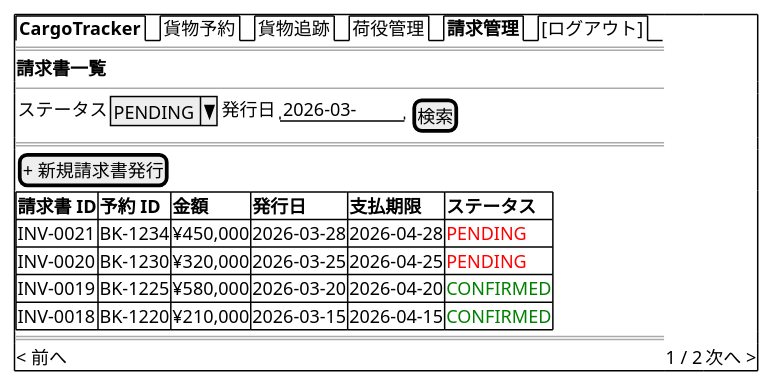
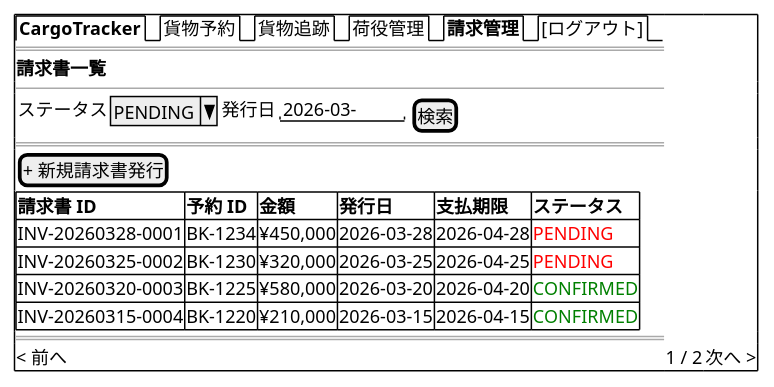
Before and after one commit to k2works/case-study-cargo-tracker: diagram 14 of 18 in docs/design/ui_design.md, drawn with PlantUML. The commit also changed other lines of this file and 5 other files, not shown here.

````diff
--- a/docs/design/ui_design.md
+++ b/docs/design/ui_design.md
@@ -825,24 +825,24 @@
 ```plantuml
 @startsalt
 {+
   {/ <b>CargoTracker</b> | 貨物予約 | 貨物追跡 | 荷役管理 | <b>請求管理</b> | [ログアウト] }
   ==
   <b>請求書一覧</b>
   --
   {
     ステータス | ^PENDING^ | 発行日 | "2026-03-  " | [検索]
   }
   ==
   [+ 新規請求書発行]
   {#
     **請求書 ID** | **予約 ID** | **金額** | **発行日**   | **支払期限** | **ステータス**
-    INV-0021      | BK-1234     | ¥450,000 | 2026-03-28   | 2026-04-28   | <color:red>PENDING</color>
-    INV-0020      | BK-1230     | ¥320,000 | 2026-03-25   | 2026-04-25   | <color:red>PENDING</color>
-    INV-0019      | BK-1225     | ¥580,000 | 2026-03-20   | 2026-04-20   | <color:green>CONFIRMED</color>
-    INV-0018      | BK-1220     | ¥210,000 | 2026-03-15   | 2026-04-15   | <color:green>CONFIRMED</color>
+    INV-20260328-0001      | BK-1234     | ¥450,000 | 2026-03-28   | 2026-04-28   | <color:red>PENDING</color>
+    INV-20260325-0002      | BK-1230     | ¥320,000 | 2026-03-25   | 2026-04-25   | <color:red>PENDING</color>
+    INV-20260320-0003      | BK-1225     | ¥580,000 | 2026-03-20   | 2026-04-20   | <color:green>CONFIRMED</color>
+    INV-20260315-0004      | BK-1220     | ¥210,000 | 2026-03-15   | 2026-04-15   | <color:green>CONFIRMED</color>
   }
   ==
   < 前へ | 1 / 2 | 次へ >
 }
 @endsalt
 ```
````
